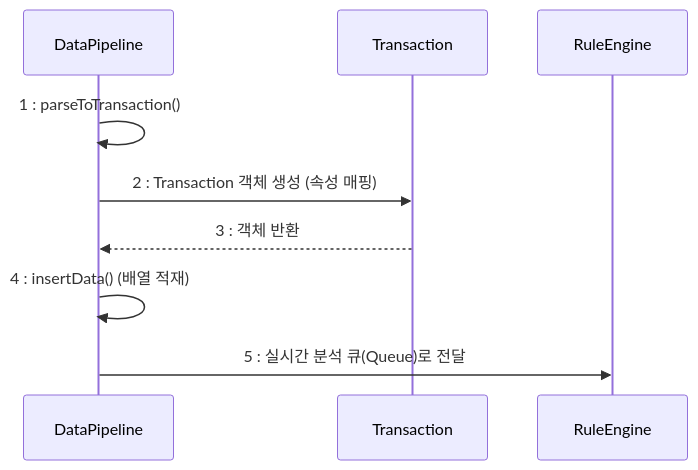
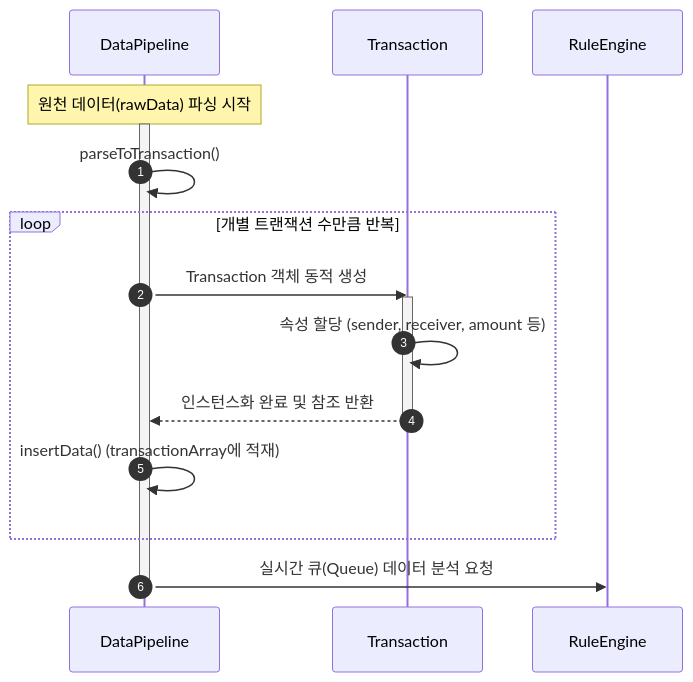
The third of 12 diagrams in Design_[22411890_석채연].md (seokchaeyeon/2026_1_OSS), drawn with Mermaid before and after one commit. The commit also changed other lines of this file, not shown here.

````diff
--- a/Design_[22411890_석채연].md
+++ b/Design_[22411890_석채연].md
@@ -169,12 +192,23 @@
 ```mermaid
 sequenceDiagram
+    autonumber
     participant Pipeline as DataPipeline
     participant Tx as Transaction
     participant Rule as RuleEngine
 
-    Pipeline->>Pipeline: 1 : parseToTransaction()
-    Pipeline->>Tx: 2 : Transaction 객체 생성 (속성 매핑)
-    Tx-->>Pipeline: 3 : 객체 반환
-    Pipeline->>Pipeline: 4 : insertData() (배열 적재)
-    Pipeline->>Rule: 5 : 실시간 분석 큐(Queue)로 전달
+    Note over Pipeline: 원천 데이터(rawData) 파싱 시작
+    activate Pipeline
+    Pipeline->>Pipeline: parseToTransaction()
+    
+    loop 개별 트랜잭션 수만큼 반복
+        Pipeline->>Tx: Transaction 객체 동적 생성
+        activate Tx
+        Tx->>Tx: 속성 할당 (sender, receiver, amount 등)
+        Tx-->>Pipeline: 인스턴스화 완료 및 참조 반환
+        deactivate Tx
+        Pipeline->>Pipeline: insertData() (transactionArray에 적재)
+    end
+    
+    Pipeline->>Rule: 실시간 큐(Queue) 데이터 분석 요청
+    deactivate Pipeline
 ```
````
